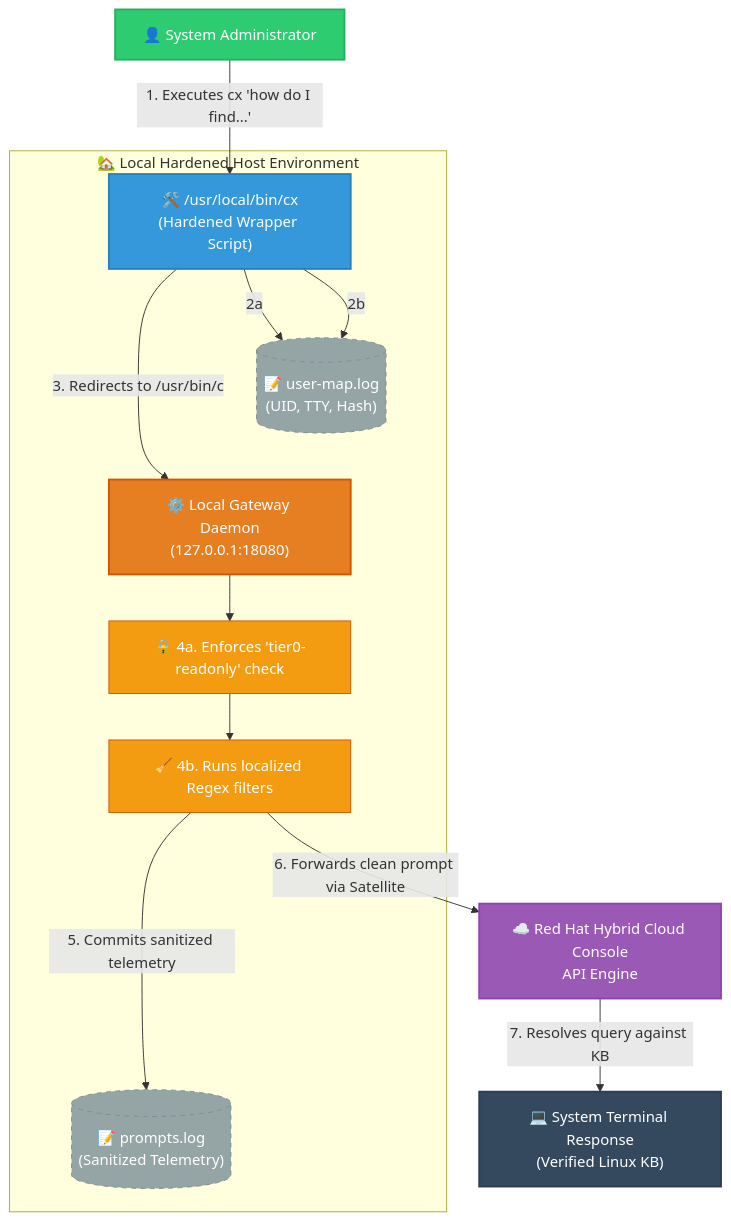
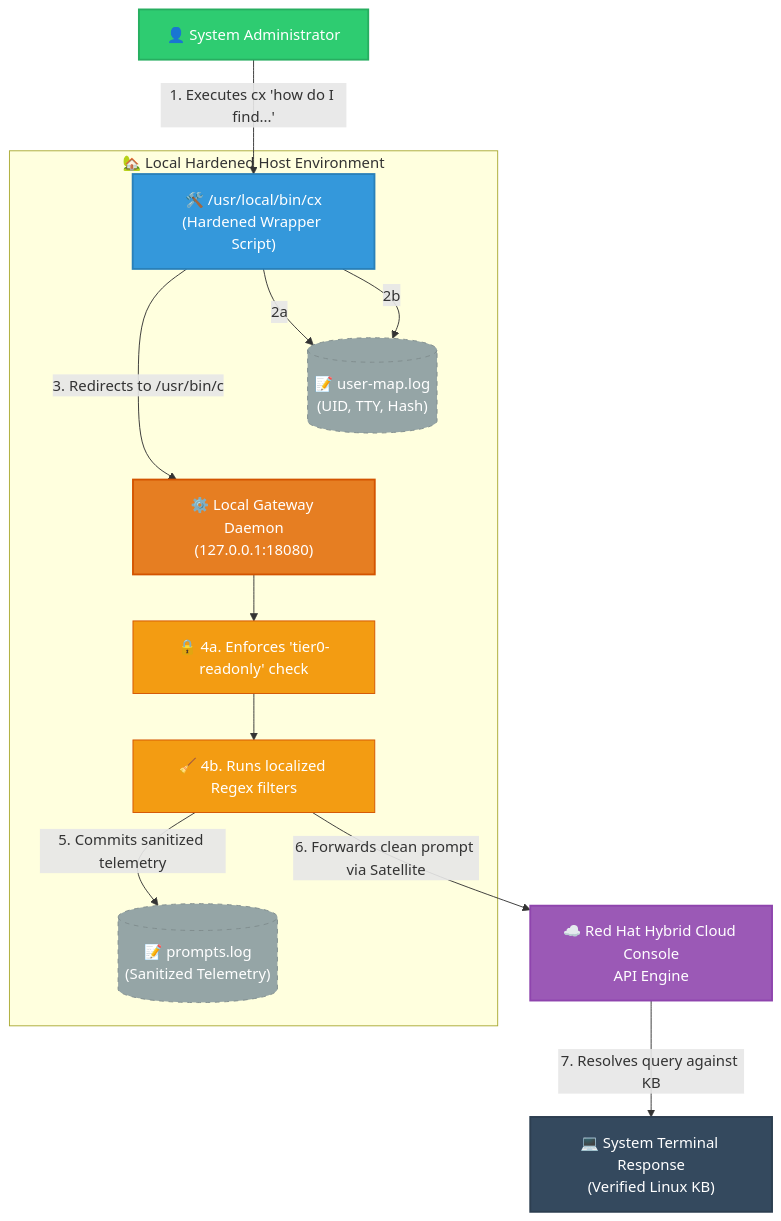
The diagram in architecture.md (kumarj04/cla-gateway), drawn with Mermaid before and after one commit.

````diff
--- a/architecture.md
+++ b/architecture.md
@@ -1,53 +1,49 @@
 ```mermaid
 graph TD
     %% Styling definitions
     classDef user fill:#2ecc71,stroke:#27ae60,stroke-width:2px,color:#fff;
     classDef local fill:#3498db,stroke:#2980b9,stroke-width:2px,color:#fff;
     classDef daemon fill:#e67e22,stroke:#d35400,stroke-width:2px,color:#fff;
     classDef subEngine fill:#f39c12,stroke:#d35400,stroke-width:1px,color:#fff;
     classDef cloud fill:#9b59b6,stroke:#8e44ad,stroke-width:2px,color:#fff;
     classDef terminal fill:#34495e,stroke:#2c3e50,stroke-width:2px,color:#fff;
     classDef log fill:#95a5a6,stroke:#7f8c8d,stroke-width:1px,color:#fff,stroke-dasharray: 5 5;
 
     %% Workflow Nodes
     Admin[👤 System Administrator]:::user
     
     subgraph LocalHost ["🏡 Local Hardened Host Environment"]
-        %% Main Engine Chain
+        %% Primary Central Processing Spine
         Wrapper["🛠️ /usr/local/bin/cx<br>(Hardened Wrapper Script)"]:::local
         Daemon["⚙️ Local Gateway Daemon<br>(127.0.0.1:18080)"]:::daemon
         Check1["🔒 4a. Enforces 'tier0-readonly' check"]:::subEngine
         Check2["🧹 4b. Runs localized Regex filters"]:::subEngine
         
-        %% Log files stacked perfectly on the right
+        %% Log files aligned cleanly on the left side
         UserLog[("📝 user-map.log<br>(UID, TTY, Hash)")]:::log
         PromptLog[("📝 prompts.log<br>(Sanitized Telemetry)")]:::log
     end
 
-    %% Outbound Infrastructure
+    %% Outbound Infrastructure (Right side delivery)
     RHCloud["☁️ Red Hat Hybrid Cloud Console<br>API Engine"]:::cloud
     Response["💻 System Terminal Response<br>(Verified Linux KB)"]:::terminal
 
-    %% Top Stream
+    %% Straight Central Execution Flow
     Admin -->|1. Executes cx 'how do I find...'| Wrapper
     Wrapper -->|3. Redirects to /usr/bin/c| Daemon
-    
-    %% First Log Phase
-    Wrapper -->|2a| UserLog
-    Wrapper -->|2b| UserLog
-    
-    %% Internal Execution Chain
     Daemon --> Check1
     Check1 --> Check2
     
-    %% Split Final Outputs cleanly to Left and Right sides
+    %% Left-Side Logging Streams
+    Wrapper -->|2a| UserLog
+    Wrapper -->|2b| UserLog
     Check2 -->|5. Commits sanitized telemetry| PromptLog
+    
+    %% Right-Side Network Delivery
     Check2 -->|6. Forwards clean prompt via Satellite| RHCloud
-    
-    %% Final Destination Output
     RHCloud -->|7. Resolves query against KB| Response
 
-    %% Alignment forces to clear crossing lines completely
-    RHCloud ~~~ PromptLog
-    UserLog  ~~~ Daemon
+    %% Hard Alignment Overrides (Keeps line 3 perfectly straight)
+    UserLog ~~~ Daemon
+    PromptLog ~~~ Check2
 ```
````
